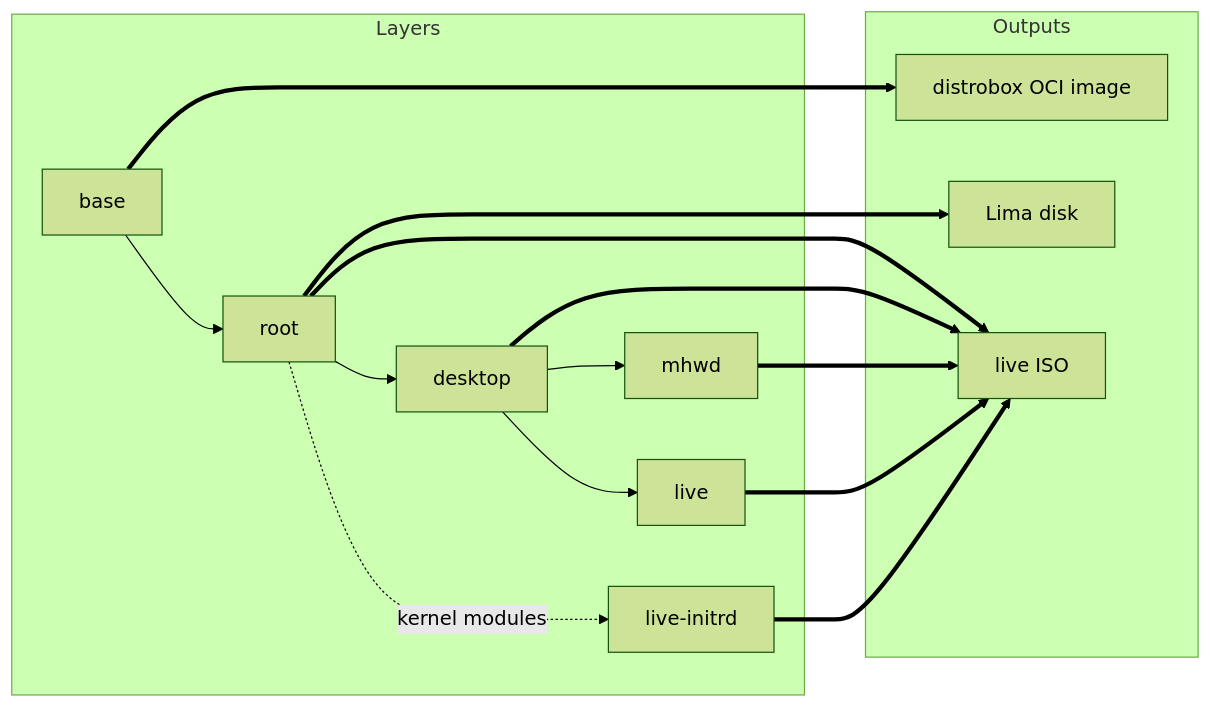
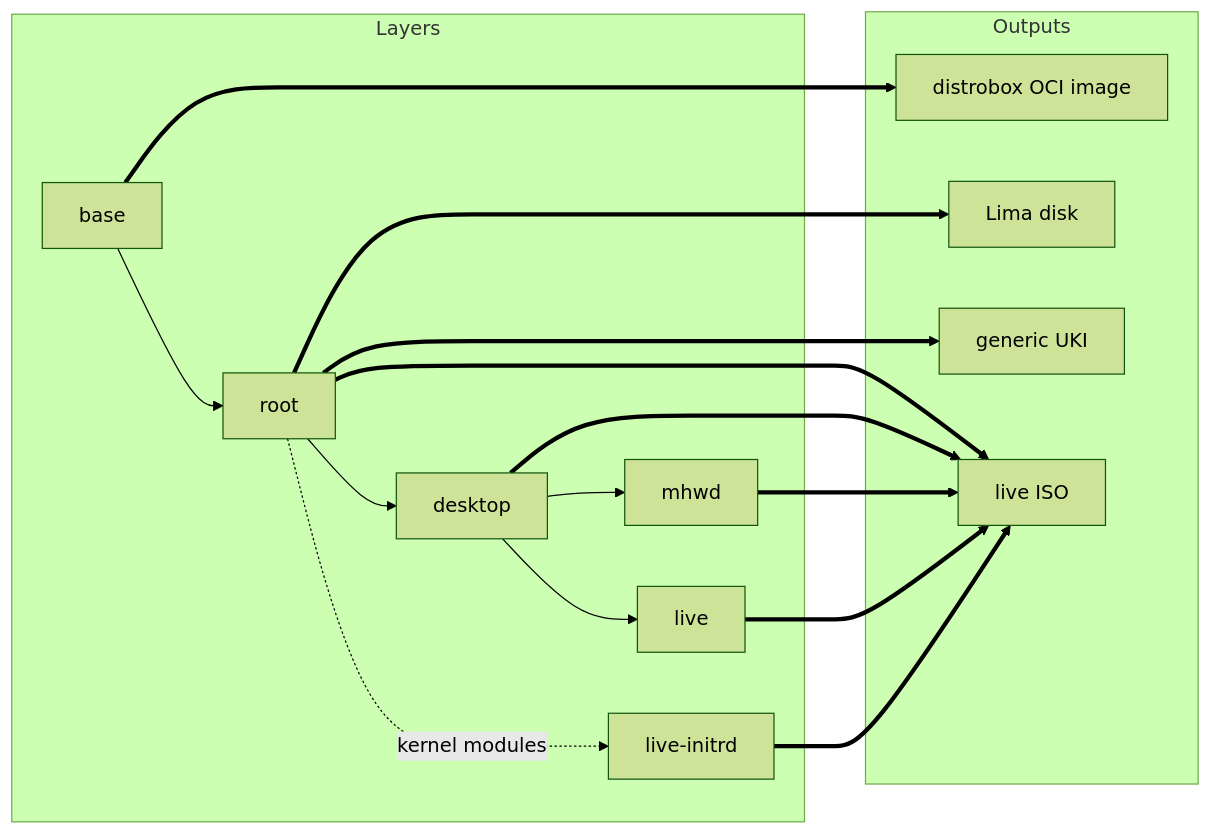
Before and after one commit to garuda-linux/image-builder: the first of 2 diagrams in docs/architecture.md, drawn with Mermaid (forest theme). The commit also changed other lines of this file and 17 other files, not shown here.

````diff
--- a/docs/architecture.md
+++ b/docs/architecture.md
@@ -9,20 +9,22 @@
 ```mermaid
 flowchart LR
   subgraph layers [Layers]
     base --> root --> desktop
     desktop --> live
     desktop --> mhwd
     root -. kernel modules .-> initrd[live-initrd]
   end
 
   subgraph outputs [Outputs]
     distrobox[distrobox OCI image]
     lima[Lima disk]
+    uki[generic UKI]
     iso[live ISO]
   end
 
   base ==> distrobox
   root ==> lima
+  root ==> uki
   root & desktop & mhwd & live ==> iso
   initrd ==> iso
 ```
````
